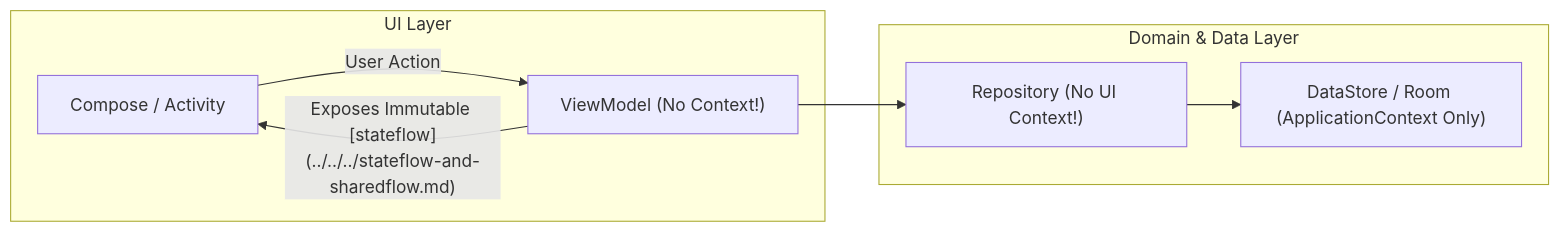
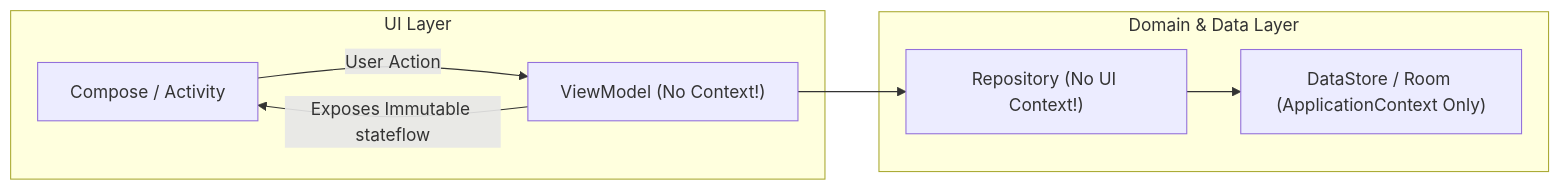
One commit to youngmin-gwon/what-i-studied changed the diagram in 01_inbox/mobile/android/02_app_framework/architecture/context-and-modularity/context-contracts/viewmodel-and-repository-should-not-retain-ui-context.md. Above: the diagram before and after it, drawn with Mermaid. The commit also changed other lines of this file and 68 other files, not shown here.

````diff
--- a/01_inbox/mobile/android/02_app_framework/architecture/context-and-modularity/context-contracts/viewmodel-and-repository-should-not-retain-ui-context.md
+++ b/01_inbox/mobile/android/02_app_framework/architecture/context-and-modularity/context-contracts/viewmodel-and-repository-should-not-retain-ui-context.md
@@ -35,12 +35,12 @@
 ```mermaid
 graph LR
     subgraph UI Layer
         UI["Compose / Activity"] -->|"User Action"| VM["ViewModel (No Context!)"]
     end
     subgraph Domain & Data Layer
         VM --> Repo["Repository (No UI Context!)"]
         Repo --> Local["DataStore / Room (ApplicationContext Only)"]
     end
     
-    VM -->|"Exposes Immutable [stateflow](../../../stateflow-and-sharedflow.md)"| UI
+    VM -->|"Exposes Immutable stateflow"| UI
 ```
````
